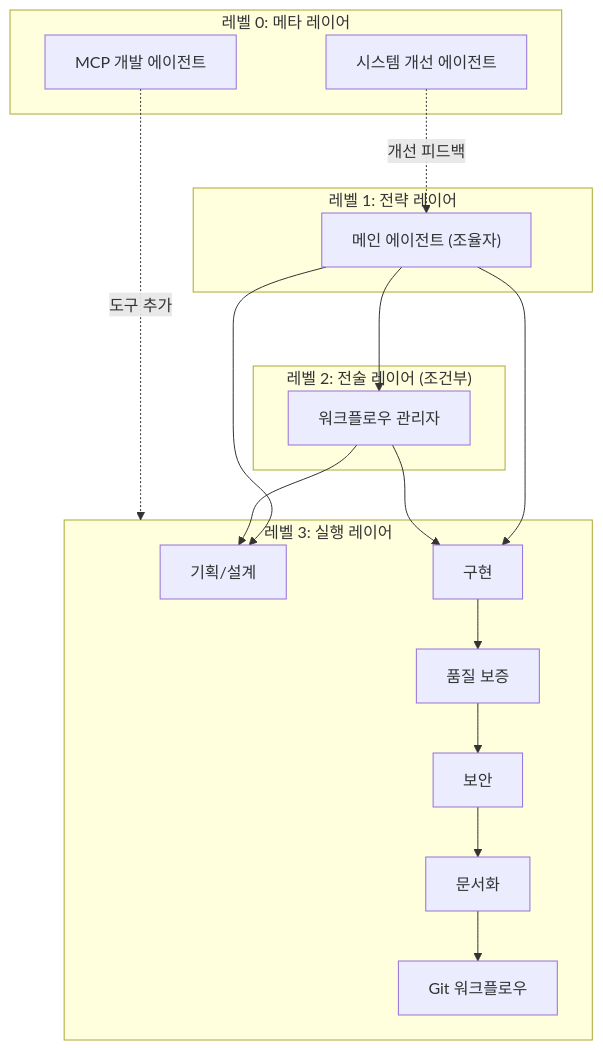
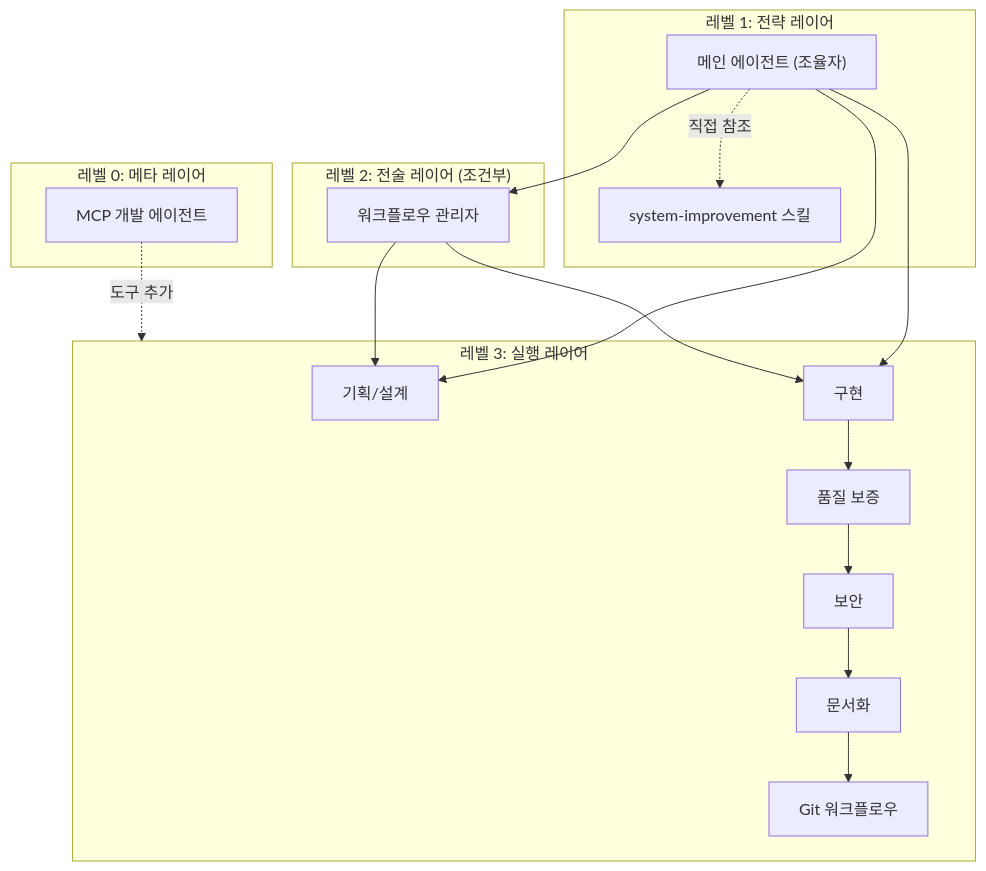
Before and after one commit to Doosies/logseq_time_tracker: the diagram in .cursor/AGENT_SYSTEM_DESIGN.md, drawn with Mermaid. The commit also changed other lines of this file and 11 other files, not shown here.

First line of the commit message:
refactor(cursor): system-improvement를 메인 에이전트 스킬로 전환

````diff
--- a/.cursor/AGENT_SYSTEM_DESIGN.md
+++ b/.cursor/AGENT_SYSTEM_DESIGN.md
@@ -27,37 +27,37 @@
 ```mermaid
 graph TB
     subgraph metaLayer["레벨 0: 메타 레이어"]
-        systemImprove["시스템 개선 에이전트"]
         mcpDev["MCP 개발 에이전트"]
     end
 
     subgraph strategyLayer["레벨 1: 전략 레이어"]
         main["메인 에이전트 (조율자)"]
+        sysSkill["system-improvement 스킬"]
     end
 
     subgraph tacticalLayer["레벨 2: 전술 레이어 (조건부)"]
         orchestrator["워크플로우 관리자"]
     end
 
     subgraph executionLayer["레벨 3: 실행 레이어"]
         planner["기획/설계"]
         developer["구현"]
         qa["품질 보증"]
         security["보안"]
         gitWorkflow["Git 워크플로우"]
         docs["문서화"]
     end
 
-    systemImprove -.->|개선 피드백| main
+    main -.->|직접 참조| sysSkill
     mcpDev -.->|도구 추가| executionLayer
 
     main --> orchestrator
     main --> planner
     main --> developer
     orchestrator --> planner
     orchestrator --> developer
     developer --> qa
     qa --> security
     security --> docs
     docs --> gitWorkflow
 ```
````
